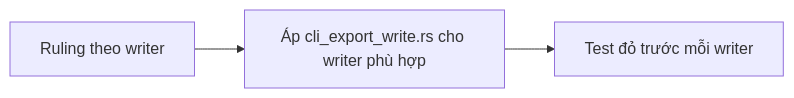
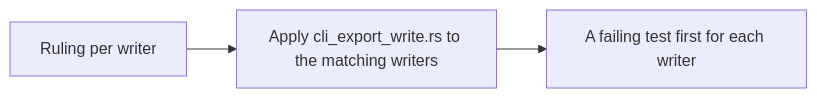
Before and after one commit to jangtrinh/design-os-studio: the diagram in plans/specs/v0.7-effects-export/us/US-05.md, drawn with Mermaid. The commit also changed other lines of this file and 38 other files, not shown here.

````diff
--- a/plans/specs/v0.7-effects-export/us/US-05.md
+++ b/plans/specs/v0.7-effects-export/us/US-05.md
@@ -42,5 +42,5 @@
 ```mermaid
 flowchart LR
-  A["Ruling theo writer"] --> B["Áp cli_export_write.rs cho writer phù hợp"]
-  B --> C["Test đỏ trước mỗi writer"]
+  A["Ruling per writer"] --> B["Apply cli_export_write.rs to the matching writers"]
+  B --> C["A failing test first for each writer"]
 ```
````
